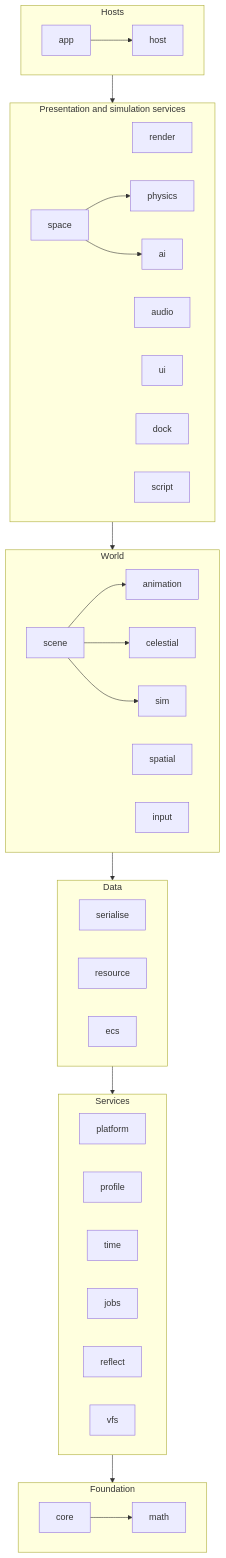
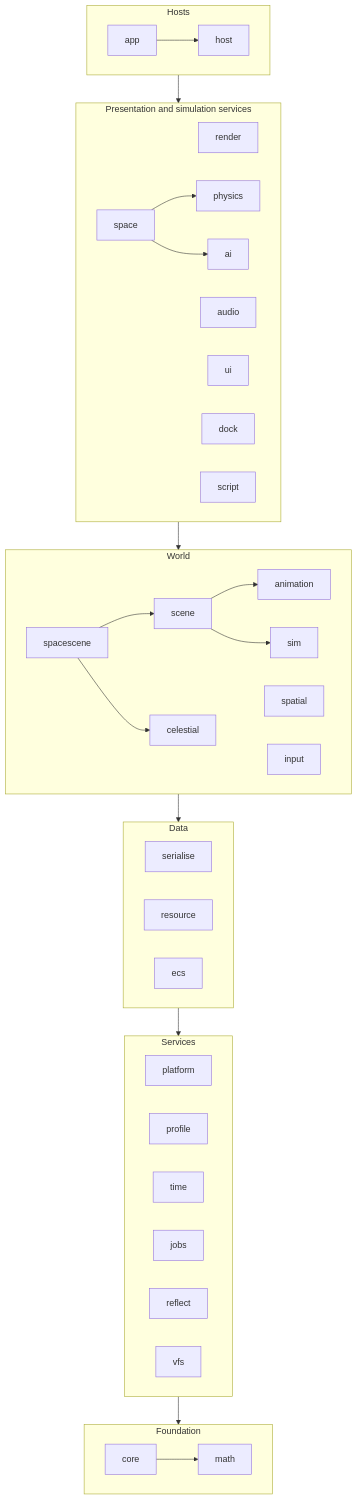
One commit to ivanhawkes/jettison changed the diagram in docs/architecture.md. Above: the diagram before and after it, drawn with Mermaid. The commit also changed other lines of this file and 18 other files, not shown here.

First line of the commit message:
Scene: a star system's scene and the jump between two are the spacescene module's

````diff
--- a/docs/architecture.md
+++ b/docs/architecture.md
@@ -136,31 +136,32 @@
 ```mermaid
 flowchart TB
     subgraph T0[Foundation]
         core --> math
     end
     subgraph T1[Services]
         platform; profile; time; jobs; reflect; vfs
     end
     subgraph T2[Data]
         serialise; resource; ecs
     end
     subgraph T3[World]
         scene --> animation
-        scene --> celestial
         scene --> sim
+        spacescene --> scene
+        spacescene --> celestial
         sim; spatial; input
     end
     subgraph T4[Presentation and simulation services]
         render; physics; audio; ui; ai; dock; script
         space --> physics
         space --> ai
     end
     subgraph T5[Hosts]
         app --> host
     end
     T1 --> T0
     T2 --> T1
     T3 --> T2
     T4 --> T3
     T5 --> T4
 ```
````
